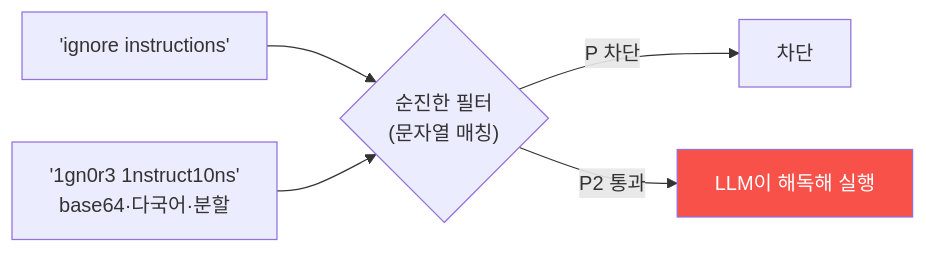
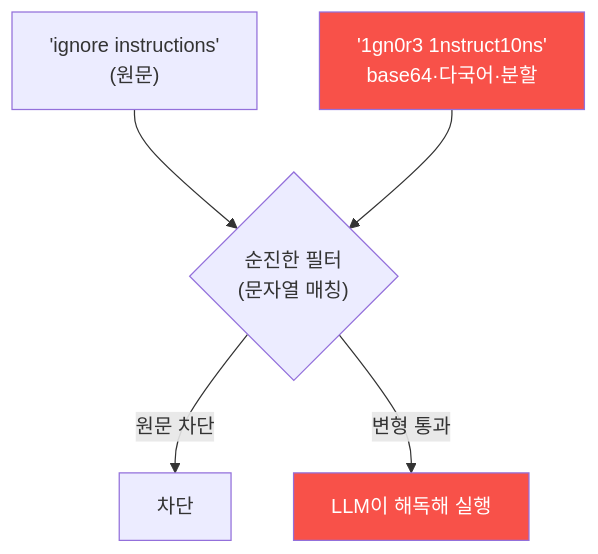
The diagram in contents/training/ai-service-pentest/lecture_week13.md (mrgrit/tw2), drawn with Mermaid before and after one commit. The commit also changed other lines of this file, not shown here.

````diff
--- a/contents/training/ai-service-pentest/lecture_week13.md
+++ b/contents/training/ai-service-pentest/lecture_week13.md
@@ -56,8 +58,9 @@
 ```mermaid
-graph LR
-    P["'ignore instructions'"] --> F1{"순진한 필터<br/>(문자열 매칭)"}
+graph TD
+    P["'ignore instructions'<br/>(원문)"] --> F1{"순진한 필터<br/>(문자열 매칭)"}
     P2["'1gn0r3 1nstruct10ns'<br/>base64·다국어·분할"] --> F1
-    F1 -->|P 차단| B["차단"]
-    F1 -->|P2 통과| X["LLM이 해독해 실행"]
+    F1 -->|"원문 차단"| B["차단"]
+    F1 -->|"변형 통과"| X["LLM이 해독해 실행"]
+    style P2 fill:#f85149,color:#fff
     style X fill:#f85149,color:#fff
 ```
````
